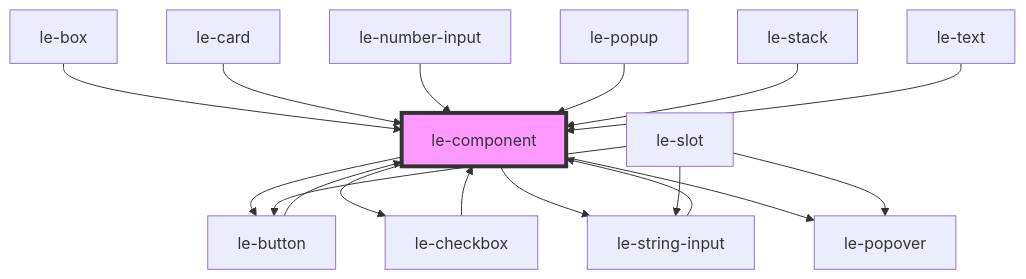
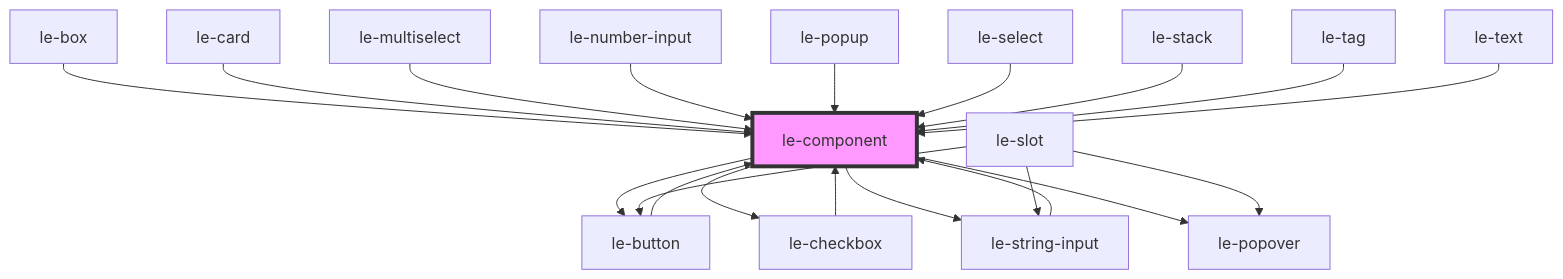
Before and after one commit to leechy/le-kit: the diagram in src/components/le-component/readme.md, drawn with Mermaid. The commit also changed other lines of this file and 15 other files, not shown here.

First line of the commit message:
Add <le-multiselect> component

````diff
--- a/src/components/le-component/readme.md
+++ b/src/components/le-component/readme.md
@@ -71,20 +74,23 @@
 ```mermaid
 graph TD;
   le-component --> le-button
   le-component --> le-checkbox
   le-component --> le-string-input
   le-component --> le-popover
   le-button --> le-component
   le-slot --> le-popover
   le-slot --> le-button
   le-slot --> le-string-input
   le-string-input --> le-component
   le-checkbox --> le-component
   le-box --> le-component
   le-card --> le-component
+  le-multiselect --> le-component
   le-number-input --> le-component
   le-popup --> le-component
+  le-select --> le-component
   le-stack --> le-component
+  le-tag --> le-component
   le-text --> le-component
   style le-component fill:#f9f,stroke:#333,stroke-width:4px
 ```
````
